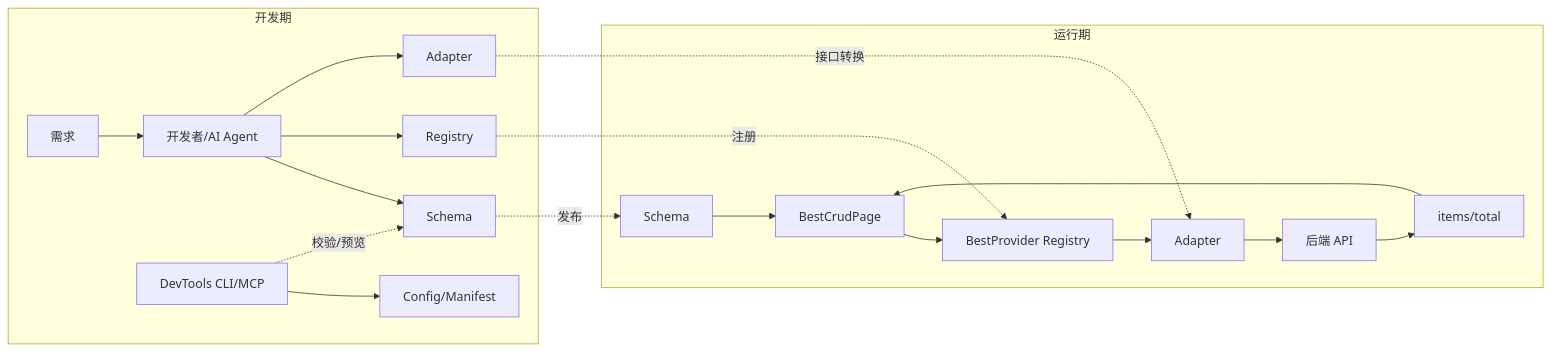
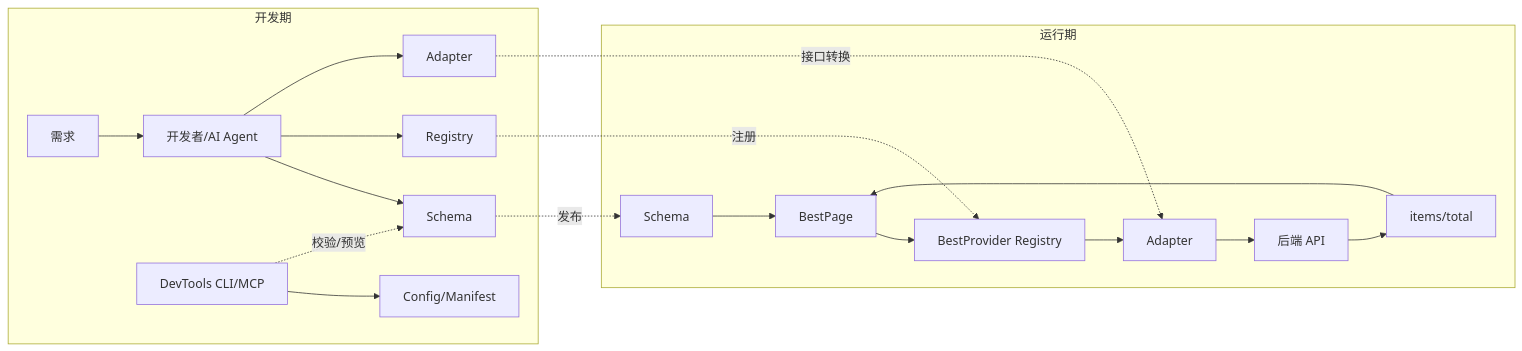
The diagram in diagrams/2026-09-15T104913-best-lowcode/diagram.mmd (hmfy/lowcode), drawn with Mermaid before and after one commit. The commit also changed 22 other files, not shown here.

```diff
--- a/diagrams/2026-09-15T104913-best-lowcode/diagram.mmd
+++ b/diagrams/2026-09-15T104913-best-lowcode/diagram.mmd
@@ -1,20 +1,20 @@
 flowchart LR
   subgraph DEV[开发期]
     A[需求] --> B[开发者/AI Agent]
     B --> C[Schema]
     B --> D[Registry]
     B --> E[Adapter]
     F[DevTools CLI/MCP] --> G[Config/Manifest]
     F -.校验/预览.-> C
   end
   subgraph RUN[运行期]
-    H[Schema] --> I[BestCrudPage]
+    H[Schema] --> I[BestPage]
     I --> J[BestProvider Registry]
     J --> K[Adapter]
     K --> L[后端 API]
     L --> M[items/total]
     M --> I
   end
   C -.发布.-> H
   D -.注册.-> J
   E -.接口转换.-> K
```
